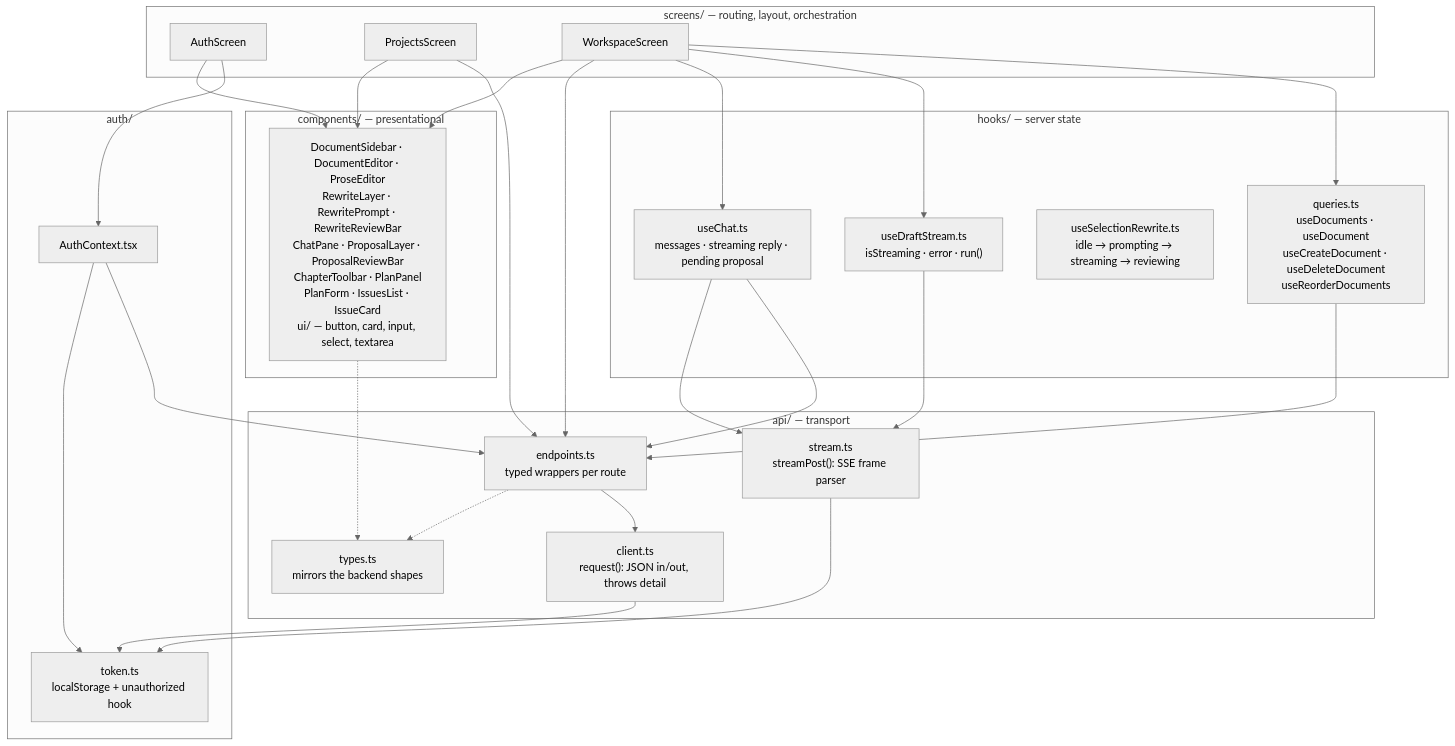
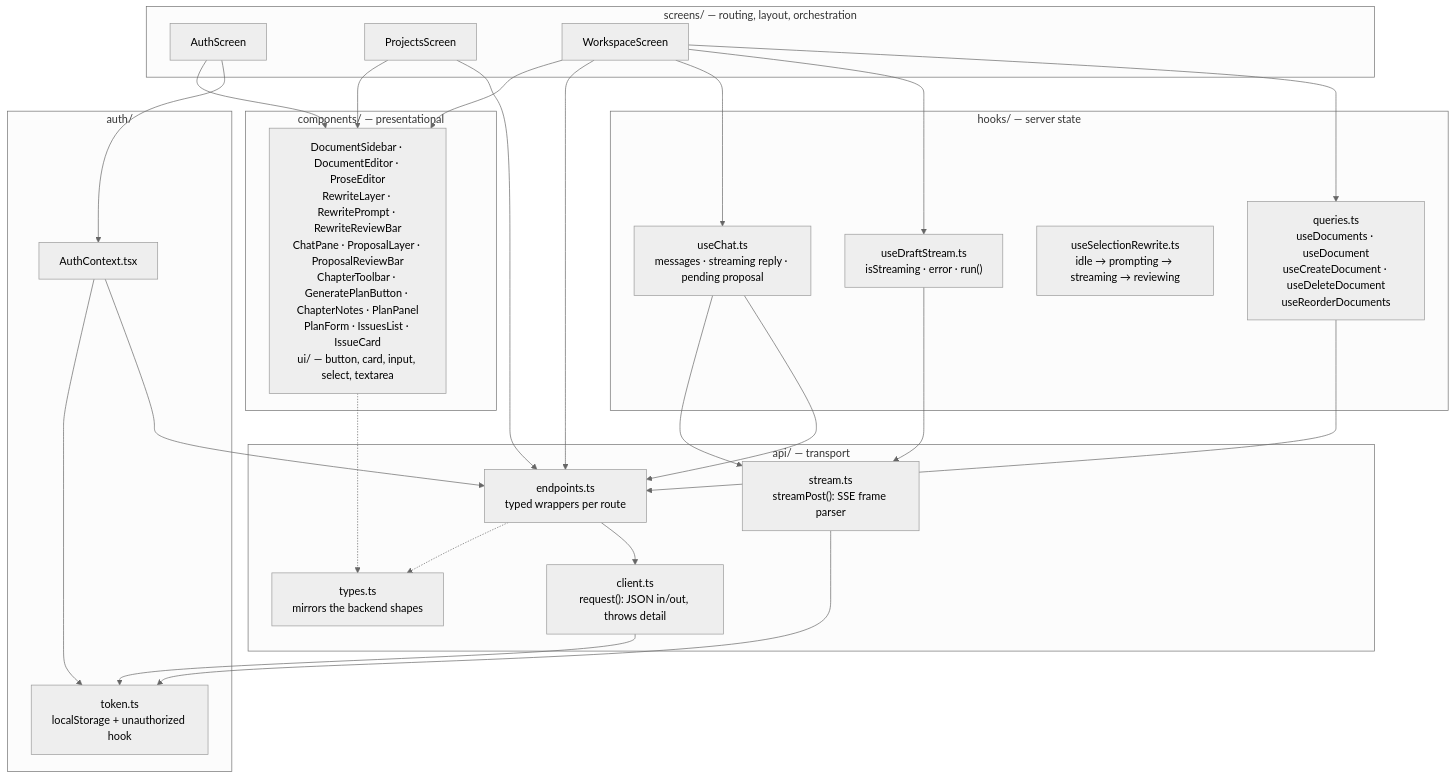
One commit to Akazz-L/maya changed the second of 3 diagrams in docs/diagrams/04-frontend-architecture.md. Above: the diagram before and after it, drawn with Mermaid (neutral theme). The commit also changed other lines of this file and 24 other files, not shown here.

First line of the commit message:
feat: optional multi-line chapter notes, and planning without them (#17)

````diff
--- a/docs/diagrams/04-frontend-architecture.md
+++ b/docs/diagrams/04-frontend-architecture.md
@@ -52,54 +53,54 @@
 ```mermaid
 graph TD
     subgraph screens["screens/ — routing, layout, orchestration"]
         AS["AuthScreen"]
         PS["ProjectsScreen"]
         WSS["WorkspaceScreen"]
     end
 
     subgraph components["components/ — presentational"]
-        CMP["DocumentSidebar · DocumentEditor · ProseEditor<br/>RewriteLayer · RewritePrompt · RewriteReviewBar<br/>ChatPane · ProposalLayer · ProposalReviewBar<br/>ChapterToolbar · PlanPanel<br/>PlanForm · IssuesList · IssueCard<br/>ui/ — button, card, input, select, textarea"]
+        CMP["DocumentSidebar · DocumentEditor · ProseEditor<br/>RewriteLayer · RewritePrompt · RewriteReviewBar<br/>ChatPane · ProposalLayer · ProposalReviewBar<br/>ChapterToolbar · GeneratePlanButton · ChapterNotes · PlanPanel<br/>PlanForm · IssuesList · IssueCard<br/>ui/ — button, card, input, select, textarea"]
     end
 
     subgraph hooks["hooks/ — server state"]
         Q["queries.ts<br/>useDocuments · useDocument<br/>useCreateDocument · useDeleteDocument<br/>useReorderDocuments"]
         DS["useDraftStream.ts<br/>isStreaming · error · run()"]
         SR["useSelectionRewrite.ts<br/>idle → prompting → streaming → reviewing"]
         CH["useChat.ts<br/>messages · streaming reply · pending proposal"]
     end
 
     subgraph api["api/ — transport"]
         EP["endpoints.ts<br/>typed wrappers per route"]
         CL["client.ts<br/>request(): JSON in/out, throws detail"]
         ST["stream.ts<br/>streamPost(): SSE frame parser"]
         TY["types.ts<br/>mirrors the backend shapes"]
     end
 
     subgraph auth["auth/"]
         AC["AuthContext.tsx"]
         TK["token.ts<br/>localStorage + unauthorized hook"]
     end
 
     AS --> AC
     PS --> EP
     WSS --> Q
     WSS --> DS
     WSS --> CH
     WSS --> EP
     WSS --> CMP
     PS --> CMP
     AS --> CMP
     Q --> EP
     DS --> ST
     CH --> EP
     CH --> ST
     EP --> CL
     CL --> TK
     ST --> TK
     AC --> EP
     AC --> TK
     EP -.-> TY
     CMP -.-> TY
 
     classDef layer fill:#f7f7f2,stroke:#999
 ```
````
